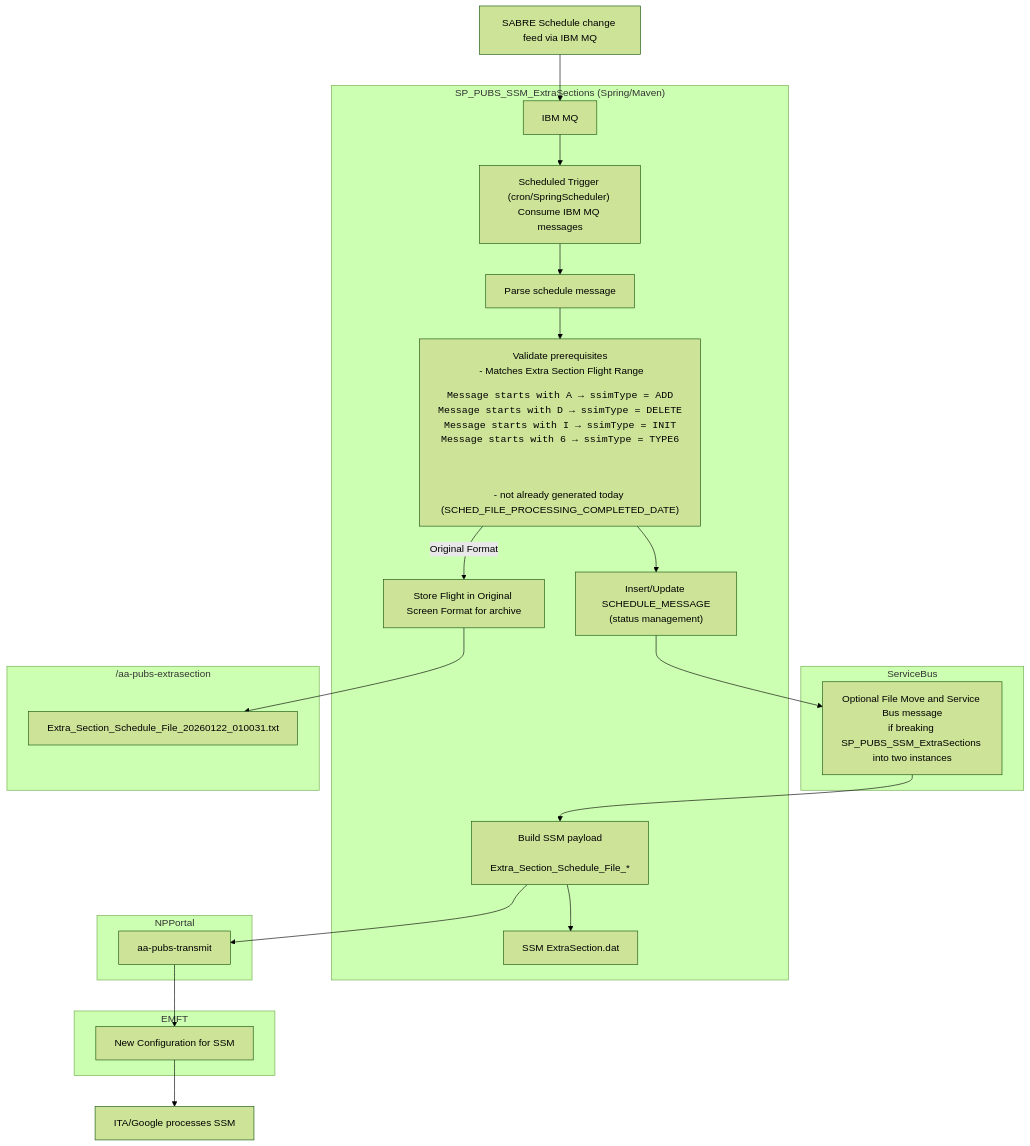
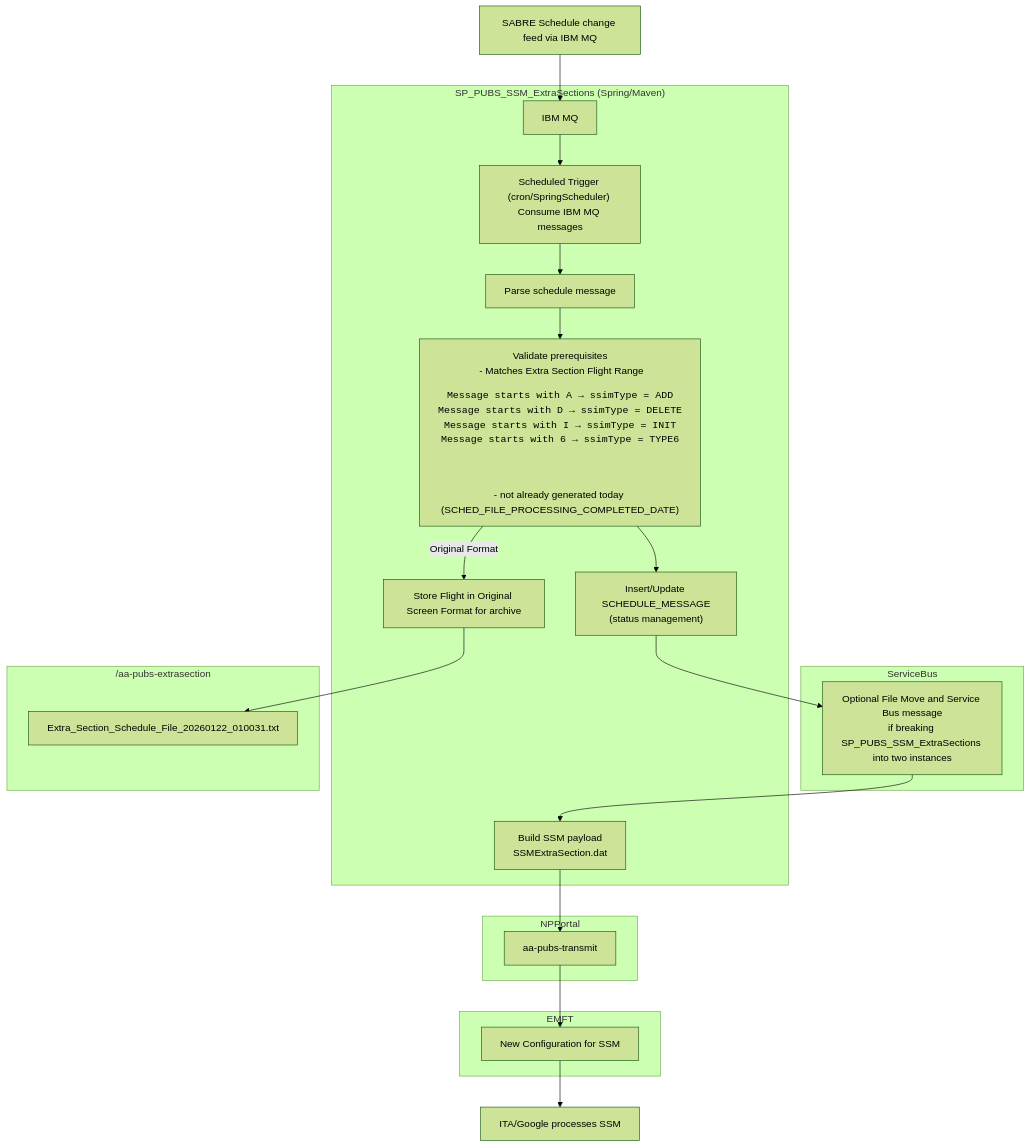
Before and after one commit to GarrenBagley366/SP_PUBS_SSM_ExtraSections: the diagram in README.md, drawn with Mermaid (forest theme).

Commit message:
Update SSM payload reference in README.md

````diff
--- a/README.md
+++ b/README.md
@@ -18,57 +18,56 @@
 ```mermaid
 flowchart TD
   %% Sources
   SABRE["SABRE Schedule change feed via IBM MQ"] --> MQ["IBM MQ"]
 
   %% Generator
   subgraph GEN["SP_PUBS_SSM_ExtraSections (Spring/Maven)"]
     MQ --> G1["Scheduled Trigger (cron/SpringScheduler) Consume IBM MQ messages"]
     G1 --> G2["Parse schedule message"]
     click G2 href "https://github.com/AAInternal/FltInvhub_Schedule_FileProcessor/wiki/File-Processor-Business-Rules"
 G2 --> G2A["Validate prerequisites<br/> - Matches Extra Section Flight Range
 <pre>
 Message starts with A → ssimType = ADD
 Message starts with D → ssimType = DELETE
 Message starts with I → ssimType = INIT
 Message starts with 6 → ssimType = TYPE6
 </pre><br/>
 - not already generated today (SCHED_FILE_PROCESSING_COMPLETED_DATE)<br/>"]
     G2A --> G3["Insert/Update SCHEDULE_MESSAGE<br/>(status management)"]
     G2A -->|Original Format| G4["Store Flight in Original Screen Format for archive<br/>"]
     
-     G8["Build SSM payload<br/> Extra_Section_Schedule_File_*"]
-    G8 --> SSMPAYLOAD["SSM ExtraSection.dat"]
+     G8["Build SSM payload<br/> SSMExtraSection.dat"]
   end
 
   %% Message Bus
   subgraph ServiceBus
     SB["Optional File Move and Service Bus message<br>if breaking SP_PUBS_SSM_ExtraSections into two instances "]
   end
 
   subgraph DIR["/aa-pubs-extrasection"]
     FA["Extra_Section_Schedule_File_20260122_010031.txt"]
   end
 
   %% Message Bus
   subgraph NPPortal
     FT["aa-pubs-transmit"]
   end
 
   %% Consumer Application Nodes
   subgraph EMFT
     C1["New Configuration for SSM"]
 
   end
 
   %% External system
   EXT["ITA/Google processes SSM"]
 
   %% Edges
   G3 --> SB
   G4 --> FA
   SB --> G8
   G8 --> FT
   FT --> C1
   C1 --> EXT
 
 ```
````
